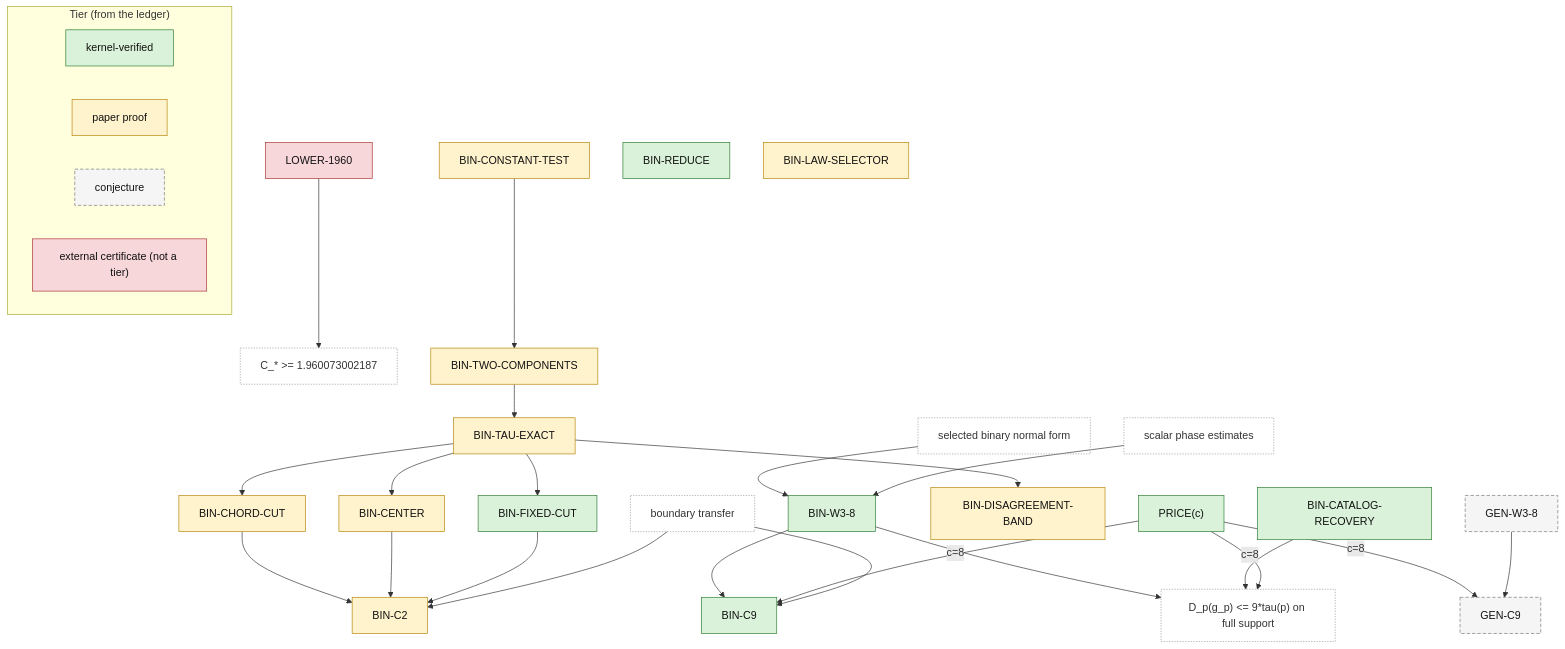
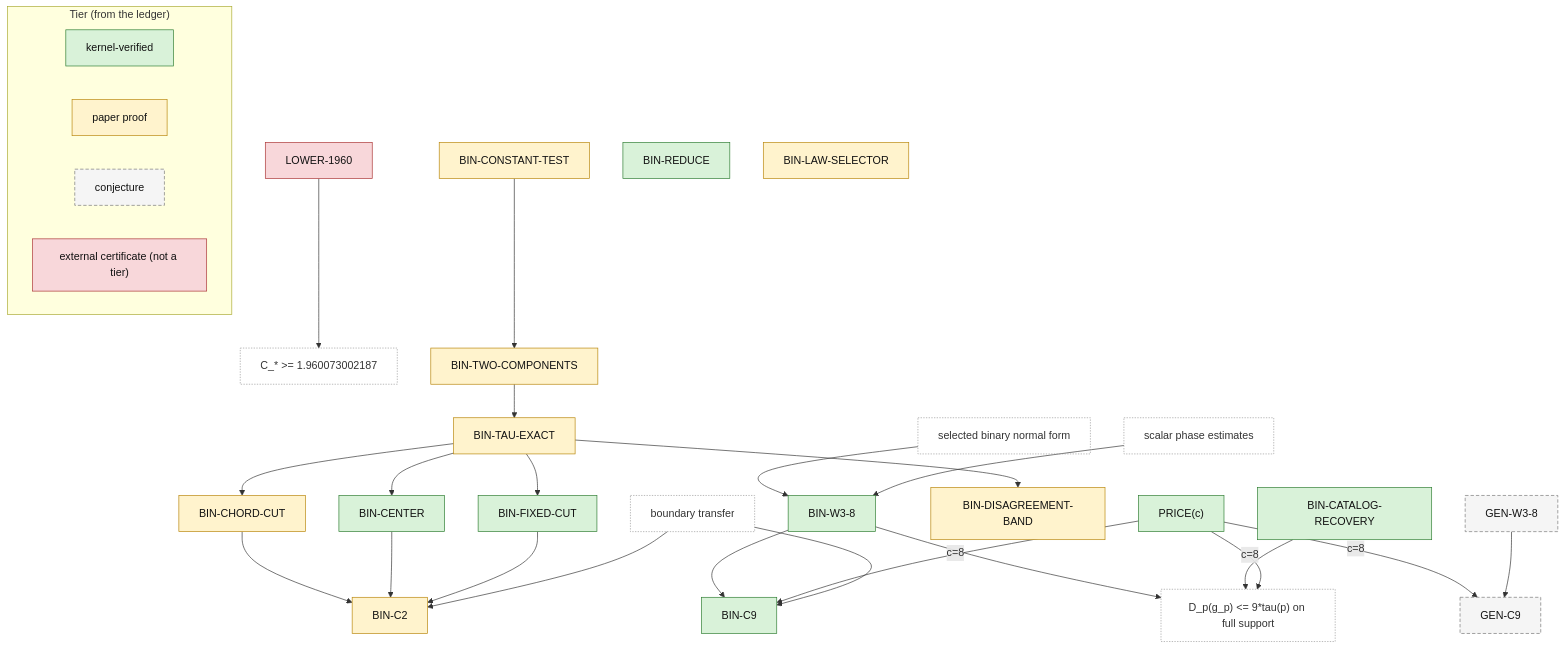
Before and after one commit to AlexisOlson/stochastic-to-deterministic-latents: the diagram in docs/claims.md, drawn with Mermaid. The commit also changed other lines of this file and 19 other files, not shown here.

````diff
--- a/docs/claims.md
+++ b/docs/claims.md
@@ -50,62 +50,62 @@
 ```mermaid
 %% Claim DAG from docs/claims.md. Edge A --> B means B depends on A.
 %% Node colour is the ledger tier; dashed plain nodes are inputs that are not claims.
 %% Generated by gen_diagrams.py; do not edit by hand.
 graph TD
   selected_binary_normal_form["selected binary normal form"]:::aux
   BIN_W3_8["BIN-W3-8"]:::kernel
   scalar_phase_estimates["scalar phase estimates"]:::aux
   BIN_C9["BIN-C9"]:::kernel
   PRICE_c["PRICE(c)"]:::kernel
   boundary_transfer["boundary transfer"]:::aux
   D_p_g_p_9_tau_p_on_full_support["D_p(g_p) <= 9*tau(p) on full support"]:::aux
   BIN_CATALOG_RECOVERY["BIN-CATALOG-RECOVERY"]:::kernel
   GEN_C9["GEN-C9"]:::conjecture
   GEN_W3_8["GEN-W3-8"]:::conjecture
   LOWER_1960["LOWER-1960"]:::external
   C_1_960073002187["C_* >= 1.960073002187"]:::aux
   BIN_CONSTANT_TEST["BIN-CONSTANT-TEST"]:::paper
   BIN_TWO_COMPONENTS["BIN-TWO-COMPONENTS"]:::paper
   BIN_TAU_EXACT["BIN-TAU-EXACT"]:::paper
   BIN_DISAGREEMENT_BAND["BIN-DISAGREEMENT-BAND"]:::paper
   BIN_CHORD_CUT["BIN-CHORD-CUT"]:::paper
-  BIN_CENTER["BIN-CENTER"]:::paper
+  BIN_CENTER["BIN-CENTER"]:::kernel
   BIN_FIXED_CUT["BIN-FIXED-CUT"]:::kernel
   BIN_C2["BIN-C2"]:::paper
   BIN_REDUCE["BIN-REDUCE"]:::kernel
   BIN_LAW_SELECTOR["BIN-LAW-SELECTOR"]:::paper
   selected_binary_normal_form --> BIN_W3_8
   scalar_phase_estimates --> BIN_W3_8
   BIN_W3_8 --> BIN_C9
   PRICE_c -- "c=8" --> BIN_C9
   boundary_transfer --> BIN_C9
   BIN_W3_8 --> D_p_g_p_9_tau_p_on_full_support
   BIN_CATALOG_RECOVERY --> D_p_g_p_9_tau_p_on_full_support
   PRICE_c -- "c=8" --> D_p_g_p_9_tau_p_on_full_support
   PRICE_c -- "c=8" --> GEN_C9
   GEN_W3_8 --> GEN_C9
   LOWER_1960 --> C_1_960073002187
   BIN_CONSTANT_TEST --> BIN_TWO_COMPONENTS
   BIN_TWO_COMPONENTS --> BIN_TAU_EXACT
   BIN_TAU_EXACT --> BIN_DISAGREEMENT_BAND
   BIN_TAU_EXACT --> BIN_CHORD_CUT
   BIN_TAU_EXACT --> BIN_CENTER
   BIN_TAU_EXACT --> BIN_FIXED_CUT
   BIN_CHORD_CUT --> BIN_C2
   BIN_CENTER --> BIN_C2
   BIN_FIXED_CUT --> BIN_C2
   boundary_transfer --> BIN_C2
   subgraph LEGEND["Tier (from the ledger)"]
     direction LR
     L_kernel["kernel-verified"]:::kernel
     L_paper["paper proof"]:::paper
     L_conjecture["conjecture"]:::conjecture
     L_external["external certificate (not a tier)"]:::external
   end
   classDef kernel fill:#d9f2d9,stroke:#2e7d32,color:#111;
   classDef paper fill:#fff3cd,stroke:#b8860b,color:#111;
   classDef interval fill:#dbe9ff,stroke:#1e5aa8,color:#111;
   classDef conjecture fill:#f5f5f5,stroke:#777,stroke-dasharray:5 3,color:#111;
   classDef external fill:#f8d7da,stroke:#a33,color:#111;
   classDef aux fill:none,stroke:#999,stroke-dasharray:2 2,color:#333;
 ```
````
